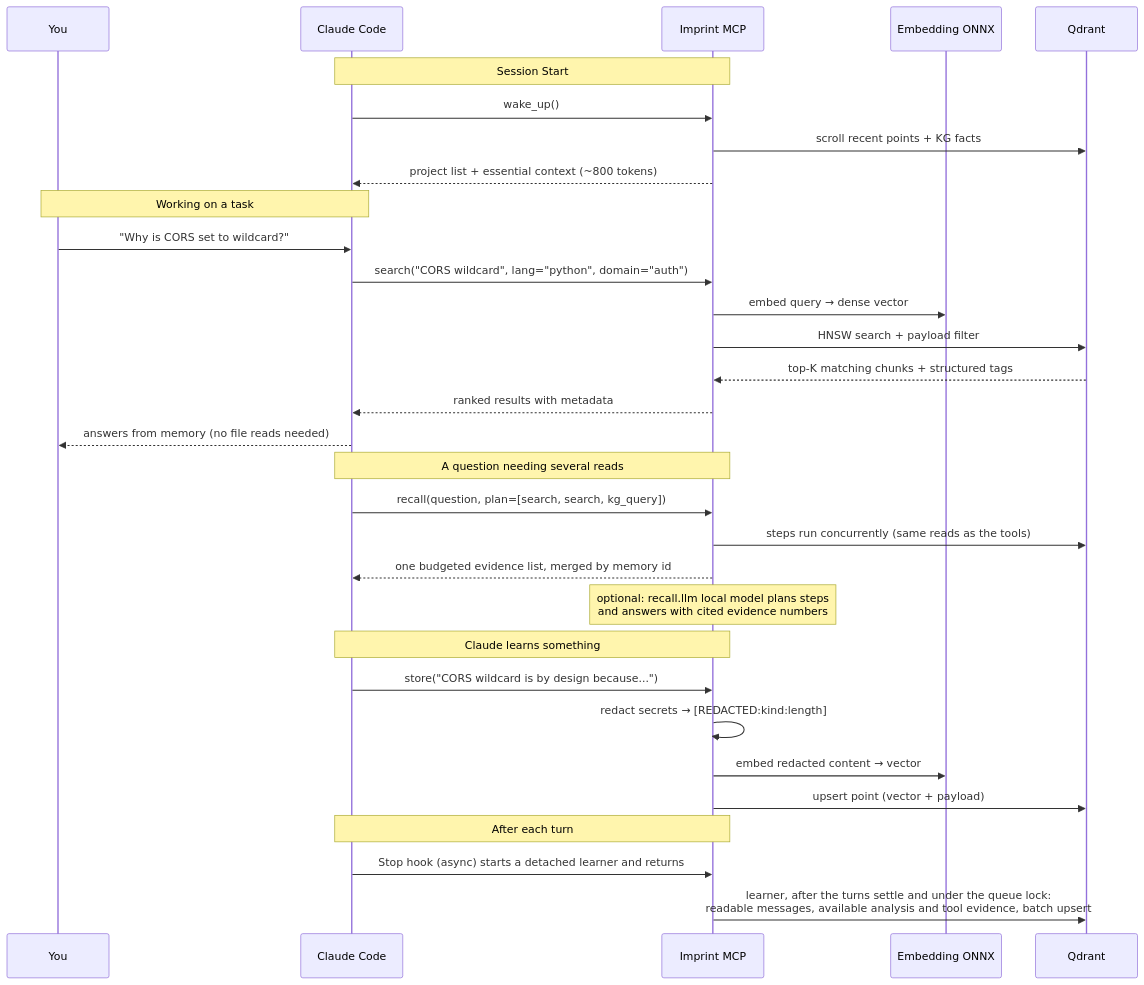
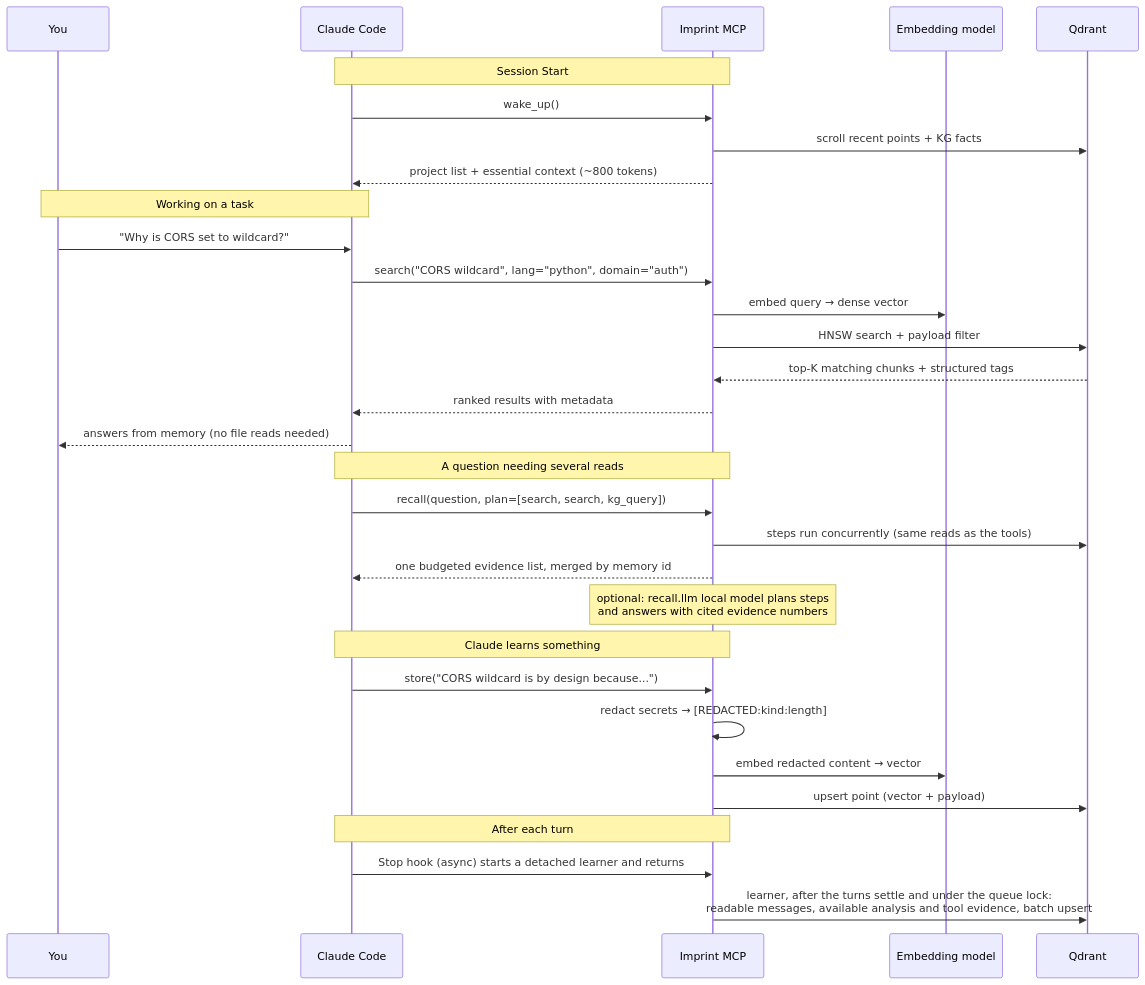
Before and after one commit to alexandruleca/imprint-memory-layer: the second of 3 diagrams in docs/architecture.md, drawn with Mermaid. The commit also changed other lines of this file and 104 other files, not shown here.

````diff
--- a/docs/architecture.md
+++ b/docs/architecture.md
@@ -109,38 +109,38 @@
 ```mermaid
 sequenceDiagram
     participant U as You
     participant C as Claude Code
     participant K as Imprint MCP
-    participant E as Embedding ONNX
+    participant E as Embedding model
     participant Q as Qdrant
 
     Note over C,K: Session Start
     C->>K: wake_up()
     K->>Q: scroll recent points + KG facts
     K-->>C: project list + essential context (~800 tokens)
 
     Note over U,C: Working on a task
     U->>C: "Why is CORS set to wildcard?"
     C->>K: search("CORS wildcard", lang="python", domain="auth")
     K->>E: embed query → dense vector
     K->>Q: HNSW search + payload filter
     Q-->>K: top-K matching chunks + structured tags
     K-->>C: ranked results with metadata
     C-->>U: answers from memory (no file reads needed)
 
     Note over C,K: A question needing several reads
     C->>K: recall(question, plan=[search, search, kg_query])
     K->>Q: steps run concurrently (same reads as the tools)
     K-->>C: one budgeted evidence list, merged by memory id
     Note over K: optional: recall.llm local model plans steps<br/>and answers with cited evidence numbers
 
     Note over C,K: Claude learns something
     C->>K: store("CORS wildcard is by design because...")
     K->>K: redact secrets → [REDACTED:kind:length]
     K->>E: embed redacted content → vector
     K->>Q: upsert point (vector + payload)
 
     Note over C,K: After each turn
     C->>K: Stop hook (async) starts a detached learner and returns
     K->>Q: learner, after the turns settle and under the queue lock:<br/>readable messages, available analysis and tool evidence, batch upsert
 ```
````
